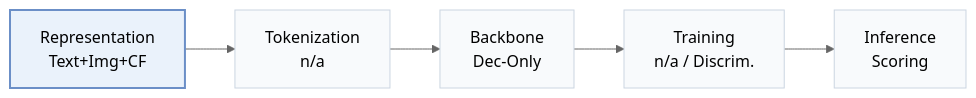
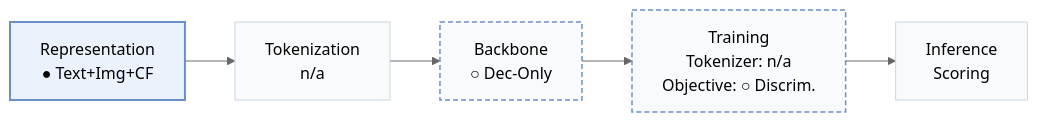
One commit to Galaxy-ghost/Awesome-SID-Generative-Rec changed the diagram in pages/papers/molar.md. Above: the diagram before and after it, drawn with Mermaid (neutral theme). The commit also changed other lines of this file and 558 other files, not shown here.

````diff
--- a/pages/papers/molar.md
+++ b/pages/papers/molar.md
@@ -15,8 +18,10 @@
 ```mermaid
 flowchart LR
-    R["Representation<br/>Text+Img+CF"] --> T["Tokenization<br/>n/a"] --> B["Backbone<br/>Dec-Only"] --> TR["Training<br/>n/a / Discrim."] --> I["Inference<br/>Scoring"]
+    R["Representation<br/>● Text+Img+CF"] --> T["Tokenization<br/>n/a"] --> B["Backbone<br/>○ Dec-Only"] --> TR["Training<br/>Tokenizer: n/a<br/>Objective: ○ Discrim."] --> I["Inference<br/>Scoring"]
     classDef base fill:#f8fafc,stroke:#cbd5e1
     class R,T,B,TR,I base
+    classDef other fill:#f8fafc,stroke:#6b8fc7,stroke-width:1.5px,stroke-dasharray:5 3
+    class B,TR other
     classDef main fill:#eaf2fb,stroke:#6b8fc7,stroke-width:2px
     class R main
 ```
````
